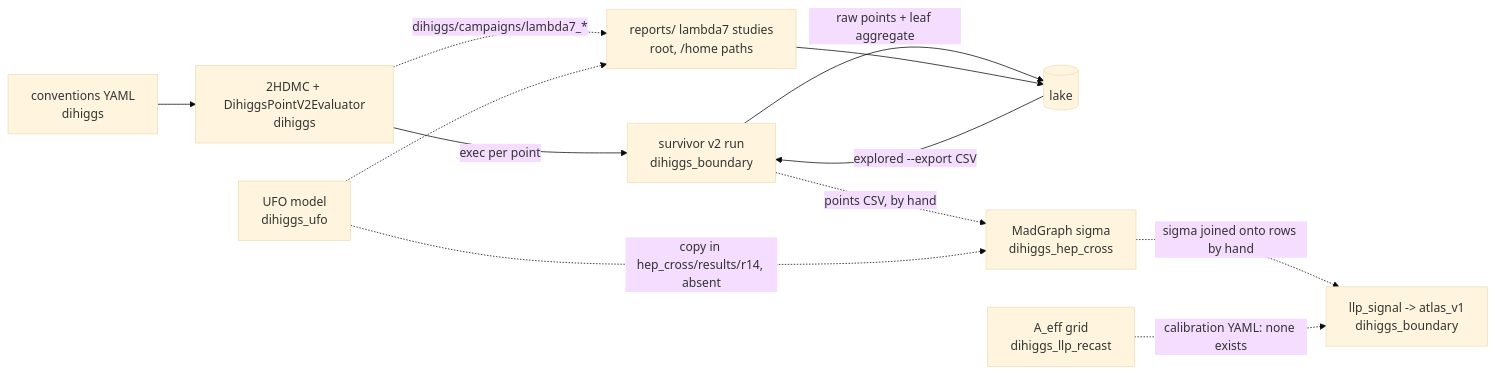
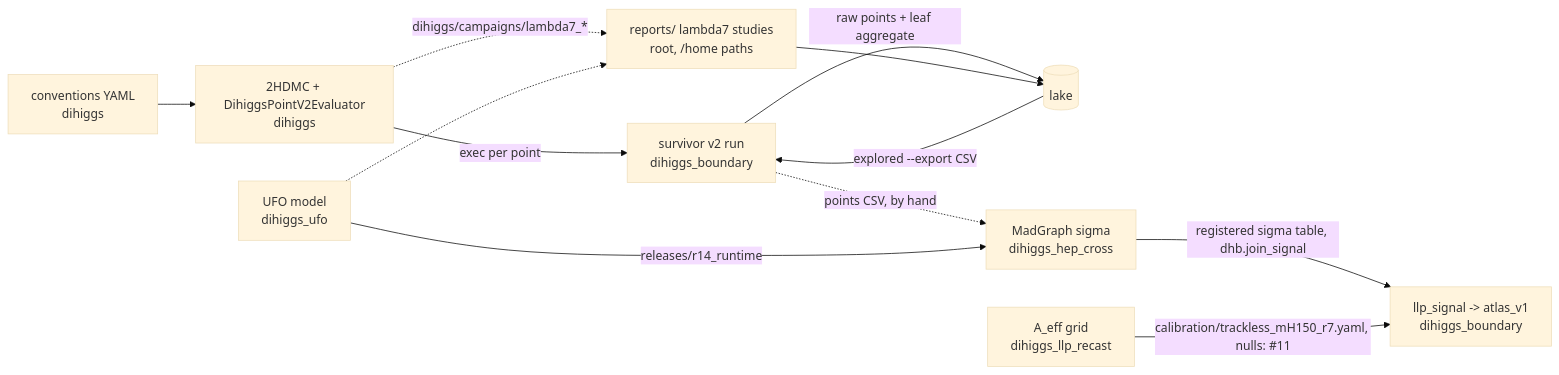
The diagram in docs/DATA_FLOW.md (fbientrigo/atlas_dihiggs), drawn with Mermaid (base theme) before and after one commit. The commit also changed other lines of this file, not shown here.

First line of the commit message:
N2, N5, N9: repin dihiggs a3b4907, boundary 1fab1c1, hep_cross e40d36a, llp_recast 01fd17c, ufo c41f452; DATA_FLOW marks them done

````diff
--- a/docs/DATA_FLOW.md
+++ b/docs/DATA_FLOW.md
@@ -14,14 +14,14 @@
 ```mermaid
 flowchart LR
   CONV[conventions YAML<br/>dihiggs] --> EV[2HDMC + DihiggsPointV2Evaluator<br/>dihiggs]
   EV -->|exec per point| RUN[survivor v2 run<br/>dihiggs_boundary]
   RUN -->|raw points + leaf aggregate| LAKE[(lake)]
   LAKE -->|explored --export CSV| RUN
   RUN -.->|points CSV, by hand| XS[MadGraph sigma<br/>dihiggs_hep_cross]
-  UFO[UFO model<br/>dihiggs_ufo] -.->|copy in hep_cross/results/r14, absent| XS
-  XS -.->|sigma joined onto rows by hand| SIG[llp_signal -> atlas_v1<br/>dihiggs_boundary]
-  REC[A_eff grid<br/>dihiggs_llp_recast] -.->|calibration YAML: none exists| SIG
+  UFO[UFO model<br/>dihiggs_ufo] -->|releases/r14_runtime| XS
+  XS -->|registered sigma table, dhb.join_signal| SIG[llp_signal -> atlas_v1<br/>dihiggs_boundary]
+  REC[A_eff grid<br/>dihiggs_llp_recast] -->|calibration/trackless_mH150_r7.yaml, nulls: #11| SIG
   EV -.->|dihiggs/campaigns/lambda7_*| REP[reports/ lambda7 studies<br/>root, /home paths]
   UFO -.-> REP
   REP --> LAKE
 ```
````
